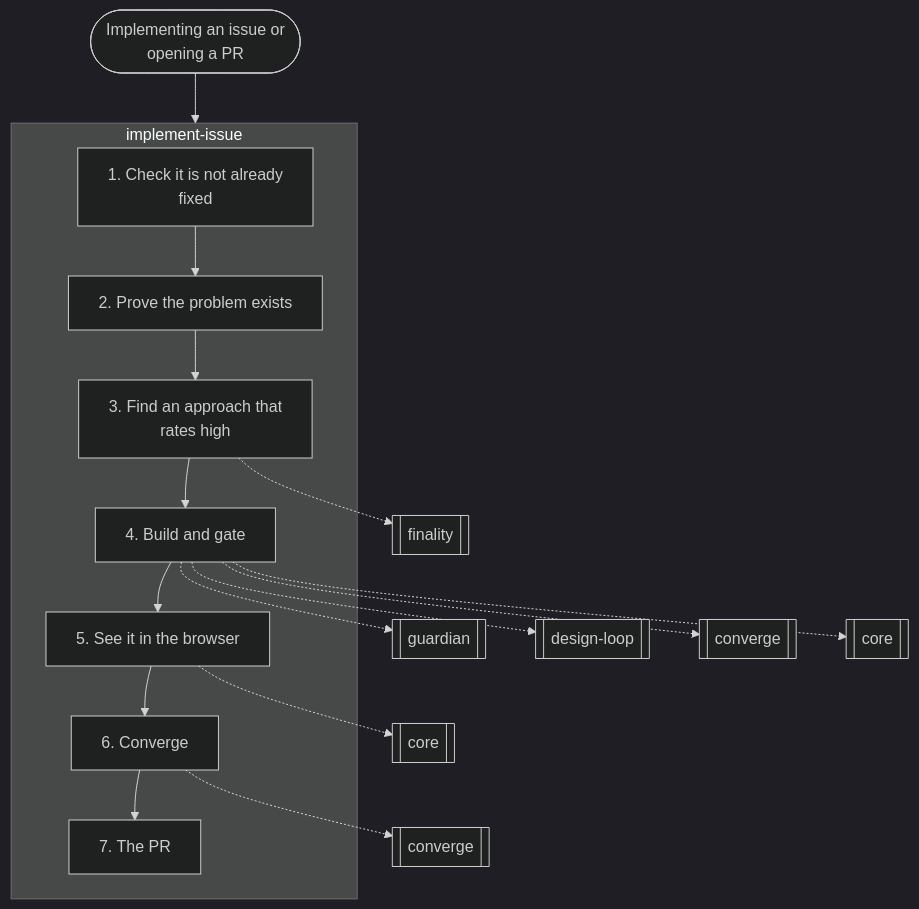
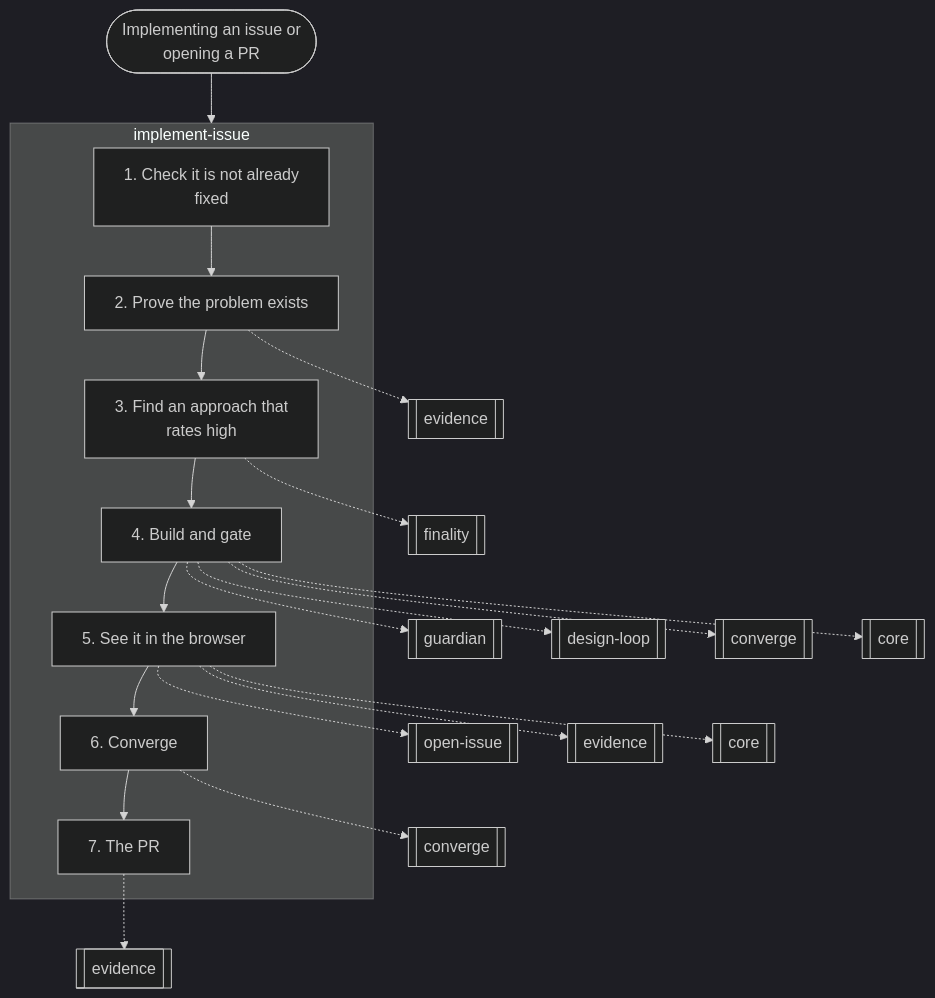
The sixth of 16 diagrams in docs/graphs.md (nitedani/mergeworthy), drawn with Mermaid (dark theme) before and after one commit. The commit also changed other lines of this file and 13 other files, not shown here.

First line of the commit message:
open-issue and evidence skills: issues get their own procedure, and both skills share one evidence method

````diff
--- a/docs/graphs.md
+++ b/docs/graphs.md
@@ -171,27 +174,31 @@
 ```mermaid
 flowchart TB
   start(["Implementing an issue or<br/>opening a PR"])
   subgraph g0["implement-issue"]
     s0["1. Check it is not already<br/>fixed"]
     s1["2. Prove the problem exists"]
     s0 --> s1
     s2["3. Find an approach that<br/>rates high"]
     s1 --> s2
     s3["4. Build and gate"]
     s2 --> s3
     s4["5. See it in the browser"]
     s3 --> s4
     s5["6. Converge"]
     s4 --> s5
     s6["7. The PR"]
     s5 --> s6
   end
-  s2 -.-> r1[["finality"]]
-  s3 -.-> r2[["guardian"]]
-  s3 -.-> r3[["design-loop"]]
-  s3 -.-> r4[["converge"]]
-  s3 -.-> r5[["core"]]
-  s4 -.-> r6[["core"]]
-  s5 -.-> r7[["converge"]]
+  s1 -.-> r1[["evidence"]]
+  s2 -.-> r2[["finality"]]
+  s3 -.-> r3[["guardian"]]
+  s3 -.-> r4[["design-loop"]]
+  s3 -.-> r5[["converge"]]
+  s3 -.-> r6[["core"]]
+  s4 -.-> r7[["open-issue"]]
+  s4 -.-> r8[["evidence"]]
+  s4 -.-> r9[["core"]]
+  s5 -.-> r10[["converge"]]
+  s6 -.-> r11[["evidence"]]
   start --> g0
 ```
````
